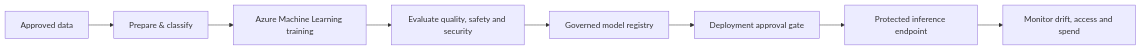
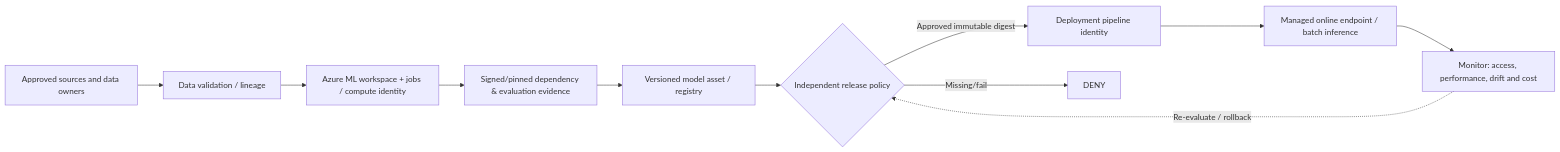
One commit to mhartson310/Azure-AI-Security-Reference-Architectures changed the diagram in 03-governed-ai-mlops/README.md. Above: the diagram before and after it, drawn with Mermaid. The commit also changed other lines of this file and 28 other files, not shown here.

First line of the commit message:
Publish Agentic AI and Governed MLOps V2 security reference architectures

````diff
--- a/03-governed-ai-mlops/README.md
+++ b/03-governed-ai-mlops/README.md
@@ -5,10 +26,13 @@
 ```mermaid
 flowchart LR
-D[Approved data] --> P[Prepare & classify]
-P --> T[Azure Machine Learning training]
-T --> E[Evaluate quality, safety and security]
-E --> R[Governed model registry]
-R --> G[Deployment approval gate]
-G --> S[Protected inference endpoint]
-S --> M[Monitor drift, access and spend]
+  D["Approved sources and data owners"] --> P["Data validation / lineage"]
+  P --> T["Azure ML workspace + jobs / compute identity"]
+  T --> E["Signed/pinned dependency & evaluation evidence"]
+  E --> R["Versioned model asset / registry"]
+  R --> G{"Independent release policy"}
+  G -- "Approved immutable digest" --> DEP["Deployment pipeline identity"]
+  G -- "Missing/fail" --> STOP["DENY"]
+  DEP --> END["Managed online endpoint / batch inference"]
+  END --> MON["Monitor: access, performance, drift and cost"]
+  MON -. "Re-evaluate / rollback" .-> G
 ```
````
